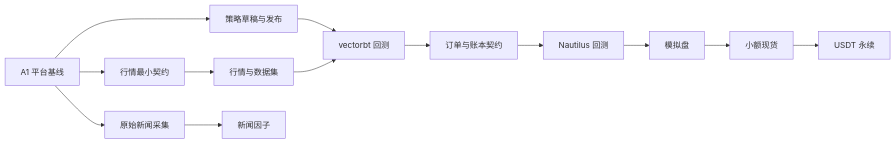
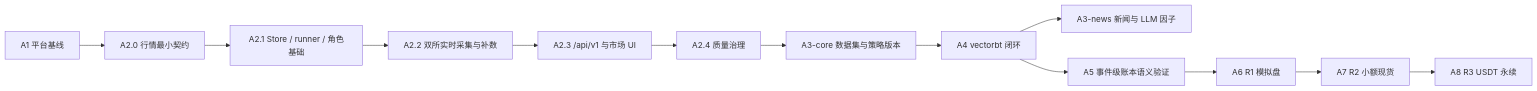
One commit to CoderLTS/coinsphere-go changed the diagram in docs/roadmap/README.md. Above: the diagram before and after it, drawn with Mermaid. The commit also changed other lines of this file and 18 other files, not shown here.

````diff
--- a/docs/roadmap/README.md
+++ b/docs/roadmap/README.md
@@ -11,15 +11,15 @@
 ```mermaid
 flowchart LR
-    A1["A1 平台基线"] --> M["行情最小契约"]
-    A1 --> S["策略草稿与发布"]
-    A1 --> N["原始新闻采集"]
-    M --> D["行情与数据集"]
-    S --> V["vectorbt 回测"]
-    D --> V
-    N --> F["新闻因子"]
-    V --> O["订单与账本契约"]
-    O --> E["Nautilus 回测"]
-    E --> P["模拟盘"]
-    P --> SP["小额现货"]
-    SP --> PP["USDT 永续"]
+    A1["A1 平台基线"] --> A20["A2.0 行情最小契约"]
+    A20 --> A21["A2.1 Store / runner / 角色基础"]
+    A21 --> A22["A2.2 双所实时采集与补数"]
+    A22 --> A23["A2.3 /api/v1 与市场 UI"]
+    A23 --> A24["A2.4 质量治理"]
+    A24 --> C["A3-core 数据集与策略版本"]
+    C --> V["A4 vectorbt 闭环"]
+    V --> N["A3-news 新闻与 LLM 因子"]
+    V --> E["A5 事件级账本语义验证"]
+    E --> P["A6 R1 模拟盘"]
+    P --> S["A7 R2 小额现货"]
+    S --> F["A8 R3 USDT 永续"]
 ```
````
